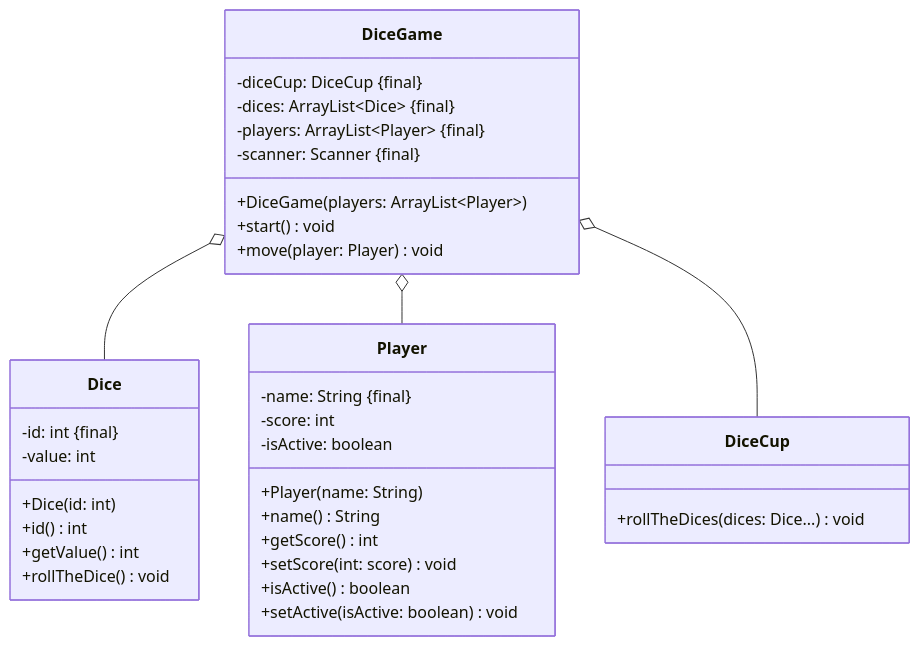
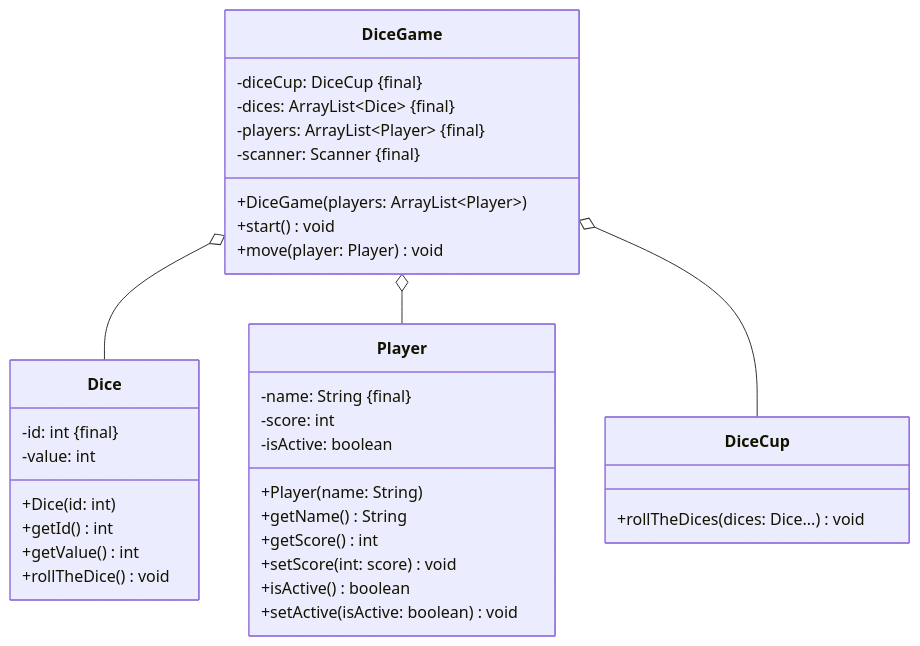
One commit to jappuccini/java-docs changed the diagram in docs/exercises/class-diagrams/class-diagrams02.mdx. Above: the diagram before and after it, drawn with Mermaid. The commit also changed other lines of this file and 6 other files, not shown here.

````diff
--- a/docs/exercises/class-diagrams/class-diagrams02.mdx
+++ b/docs/exercises/class-diagrams/class-diagrams02.mdx
@@ -18,41 +23,41 @@
 ```mermaid
 classDiagram
     DiceGame o-- Dice
     DiceGame o-- Player
     DiceGame o-- DiceCup
 
     class Player {
         -name: String &#123final&#125
         -score: int
         -isActive: boolean
         +Player(name: String)
-        +name() String
+        +getName() String
         +getScore() int
         +setScore(int: score) void
         +isActive() boolean
         +setActive(isActive: boolean) void
     }
 
     class Dice {
         -id: int &#123final&#125
         -value: int
         +Dice(id: int)
-        +id() int
+        +getId() int
         +getValue() int
         +rollTheDice() void
     }
 
     class DiceCup {
         +rollTheDices(dices: Dice...) void
     }
 
     class DiceGame {
         -diceCup: DiceCup &#123final&#125
         -dices: ArrayList~Dice~ &#123final&#125
         -players: ArrayList~Player~ &#123final&#125
         -scanner: Scanner &#123final&#125
         +DiceGame(players: ArrayList~Player~)
         +start() void
         +move(player: Player) void
     }
 ```
````
